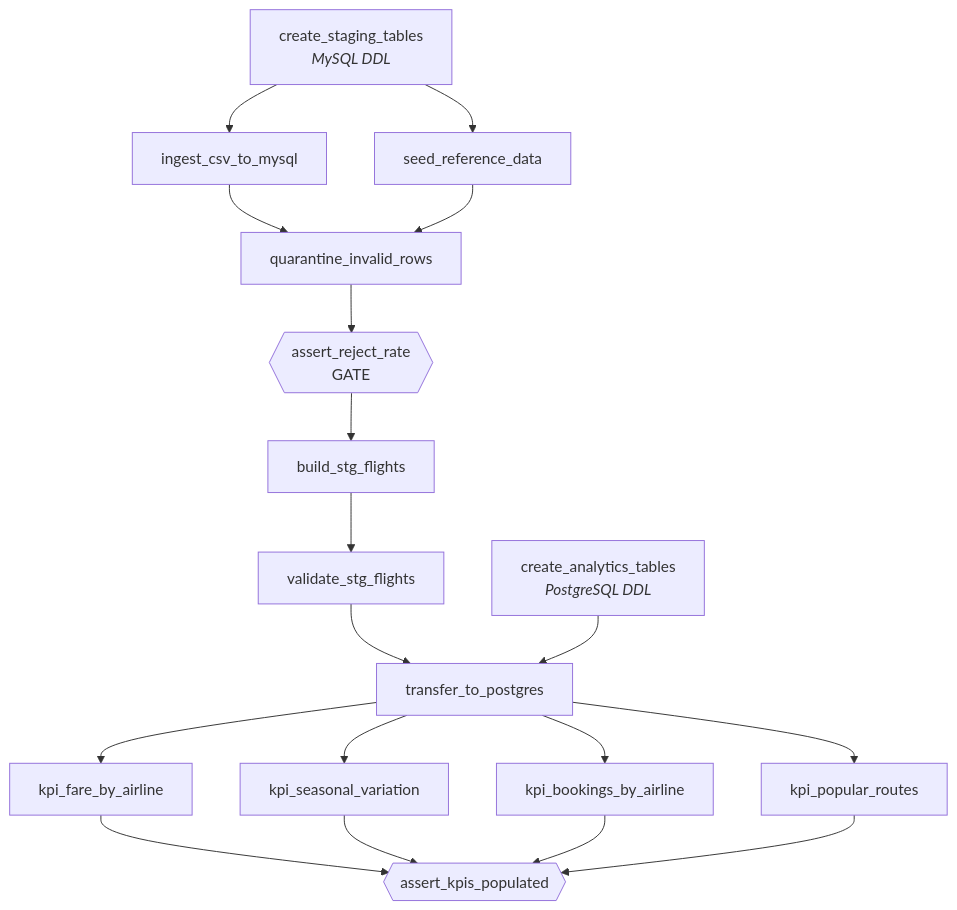
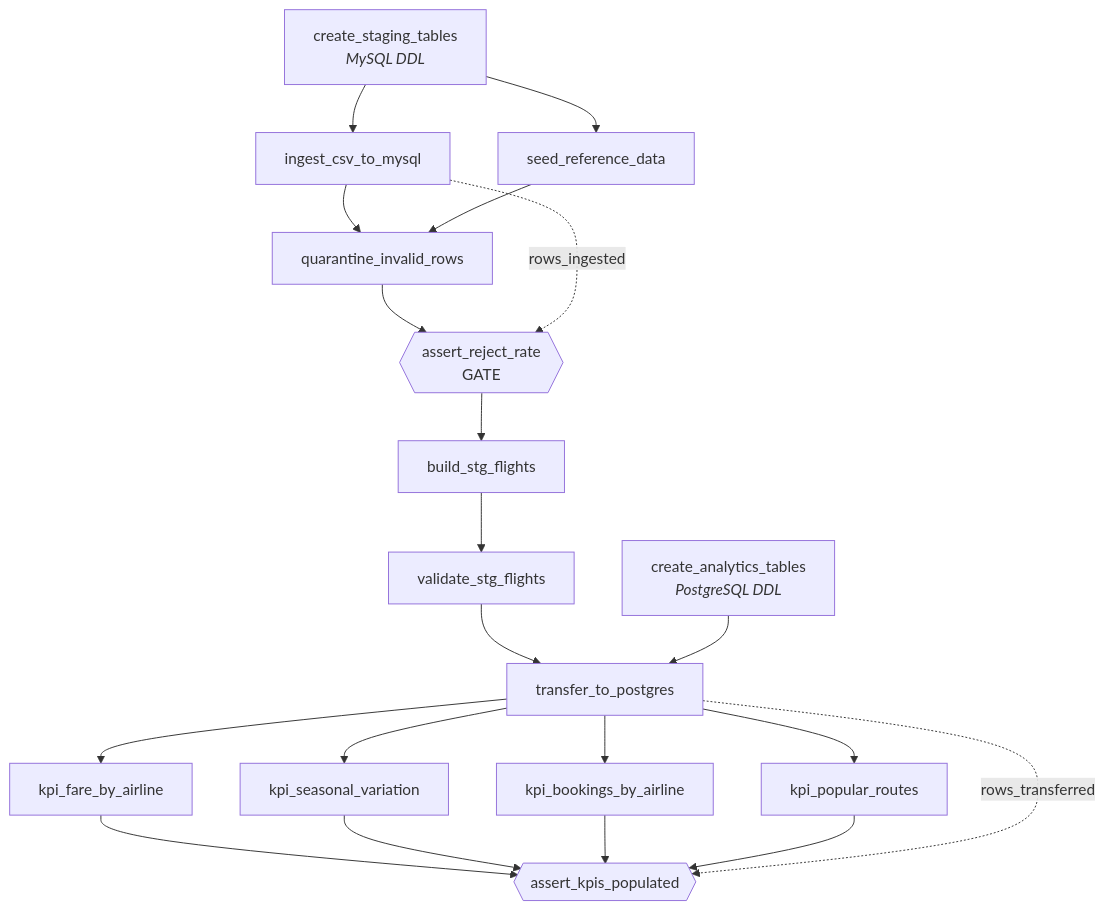
Before and after one commit to josephforson285/airflow-flight-price-analysis: the diagram in docs/REPORT.md, drawn with Mermaid. The commit also changed other lines of this file, not shown here.

First line of the commit message:
Add the two XCom edges missing from the DAG diagram

````diff
--- a/docs/REPORT.md
+++ b/docs/REPORT.md
@@ -70,32 +70,35 @@
 ```mermaid
 flowchart TD
     DDL1["create_staging_tables<br><i>MySQL DDL</i>"]
     DDL2["create_analytics_tables<br><i>PostgreSQL DDL</i>"]
     ING["ingest_csv_to_mysql"]
     SEED["seed_reference_data"]
     QUA["quarantine_invalid_rows"]
     GATE{{"assert_reject_rate<br>GATE"}}
     BLD["build_stg_flights"]
     VAL["validate_stg_flights"]
     TRN["transfer_to_postgres"]
     K1["kpi_fare_by_airline"]
     K2["kpi_seasonal_variation"]
     K3["kpi_bookings_by_airline"]
     K4["kpi_popular_routes"]
     FIN{{"assert_kpis_populated"}}
 
     DDL1 --> ING
     DDL1 --> SEED
     ING --> QUA
     SEED --> QUA
     QUA --> GATE --> BLD --> VAL --> TRN
     DDL2 --> TRN
     TRN --> K1
     TRN --> K2
     TRN --> K3
     TRN --> K4
     K1 --> FIN
     K2 --> FIN
     K3 --> FIN
     K4 --> FIN
+
+    ING -. "rows_ingested" .-> GATE
+    TRN -. "rows_transferred" .-> FIN
 ```
````
